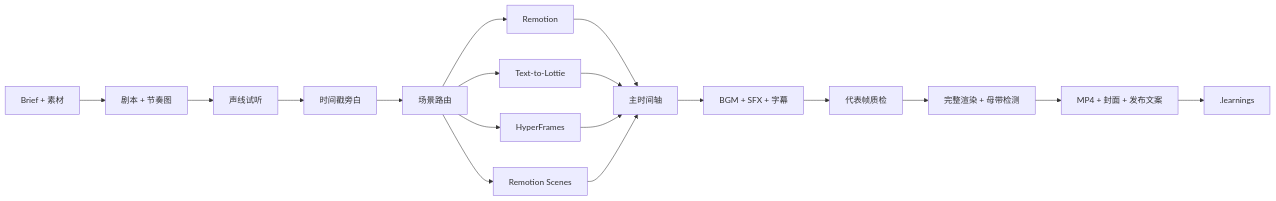
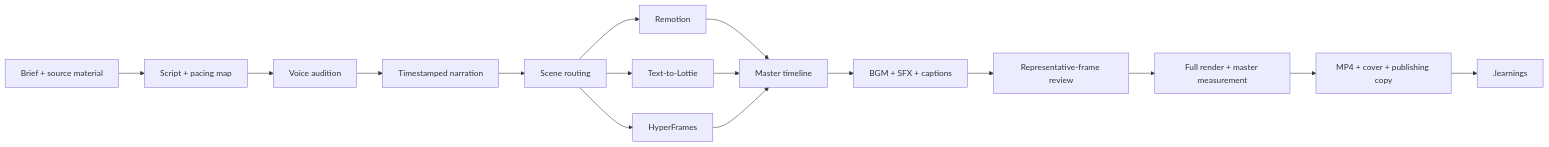
One commit to ZetaZeroHub/agentic-video-foundry changed the diagram in README.md. Above: the diagram before and after it, drawn with Mermaid. The commit also changed other lines of this file and 16 other files, not shown here.

````diff
--- a/README.md
+++ b/README.md
@@ -33,20 +37,18 @@
 ```mermaid
 flowchart LR
-  A["Brief + 素材"] --> B["剧本 + 节奏图"]
-  B --> C["声线试听"]
-  C --> D["时间戳旁白"]
-  D --> E["场景路由"]
+  A["Brief + source material"] --> B["Script + pacing map"]
+  B --> C["Voice audition"]
+  C --> D["Timestamped narration"]
+  D --> E["Scene routing"]
   E --> F["Remotion"]
   E --> G["Text-to-Lottie"]
   E --> H["HyperFrames"]
-  E --> I["Remotion Scenes"]
-  F --> J["主时间轴"]
-  G --> J
-  H --> J
-  I --> J
-  J --> K["BGM + SFX + 字幕"]
-  K --> L["代表帧质检"]
-  L --> M["完整渲染 + 母带检测"]
-  M --> N["MP4 + 封面 + 发布文案"]
-  N --> O[".learnings"]
+  F --> I["Master timeline"]
+  G --> I
+  H --> I
+  I --> J["BGM + SFX + captions"]
+  J --> K["Representative-frame review"]
+  K --> L["Full render + master measurement"]
+  L --> M["MP4 + cover + publishing copy"]
+  M --> N[".learnings"]
 ```
````
